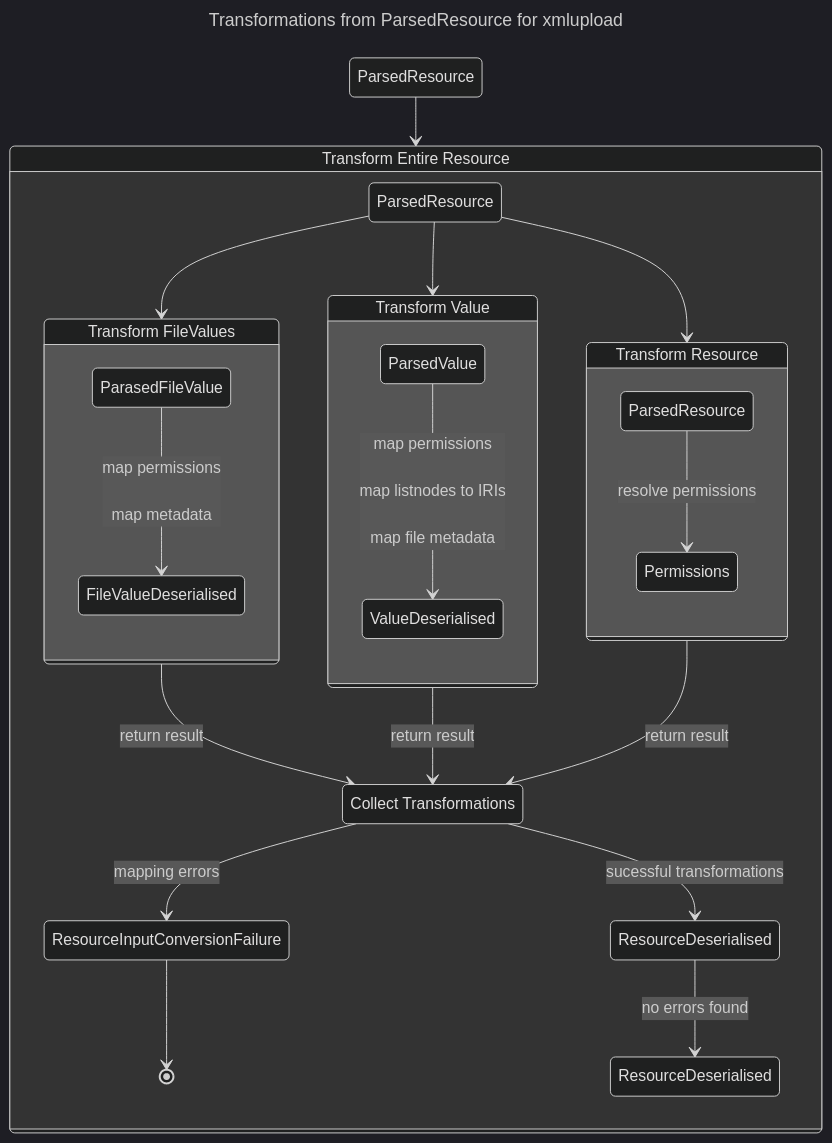
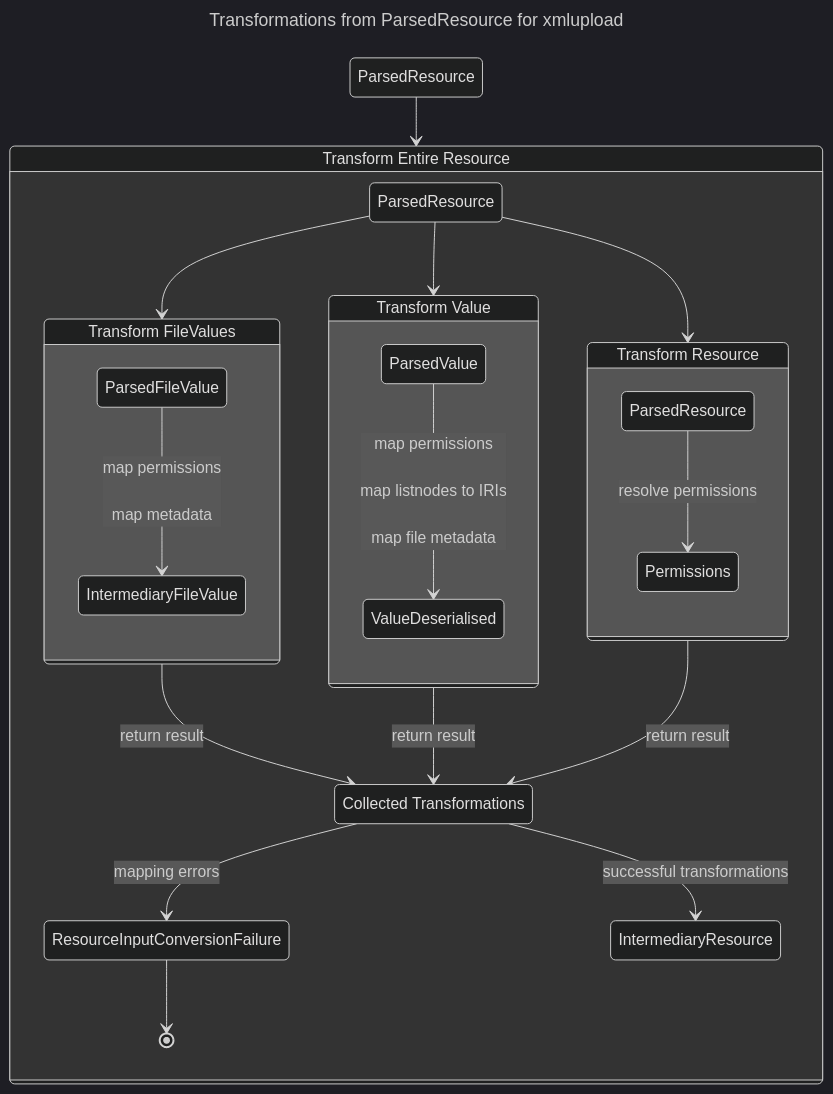
Before and after one commit to dasch-swiss/dsp-tools: the second of 2 diagrams in docs/developers/architecture.md, drawn with Mermaid (dark theme). The commit also changed other lines of this file, not shown here.

````diff
--- a/docs/developers/architecture.md
+++ b/docs/developers/architecture.md
@@ -41,41 +44,39 @@
 ```mermaid
 ---
 title: Transformations from ParsedResource for xmlupload
 ---
 stateDiagram-v2
 
 state "ParsedResource" as start
 state "Transform Entire Resource" as transformall
 state "Transform Resource" as transformres
 state "Transform Value" as transfomrationval
 state "Transform FileValues" as transformfile
 state "ParsedValue" as parsedval
 state "ParsedResource" as parsedres
 state "ValueDeserialised" as valdes
-state "ResourceDeserialised" as result
-state "Collect Transformations" as coll
+state "Collected Transformations" as coll
 
 start-->transformall
 
 state transformall {
     parsedres-->transformfile
     parsedres-->transfomrationval
     parsedres-->transformres
     state transformres {
         ParsedResource-->Permissions: resolve permissions
     }
     state transfomrationval {
         parsedval-->valdes: map permissions</br></br>map listnodes to IRIs</br></br>map file metadata
     }
     state transformfile {
-        ParasedFileValue-->FileValueDeserialised: map permissions</br></br>map metadata
+        ParsedFileValue-->IntermediaryFileValue: map permissions</br></br>map metadata
     }
     transformfile-->coll: return result
     transfomrationval-->coll: return result
     transformres-->coll: return result
-    coll-->ResourceDeserialised: sucessful transformations
     coll-->ResourceInputConversionFailure: mapping errors
     ResourceInputConversionFailure-->[*]
-    ResourceDeserialised-->result: no errors found
+    coll-->IntermediaryResource: successful transformations
 }
 ```
````
